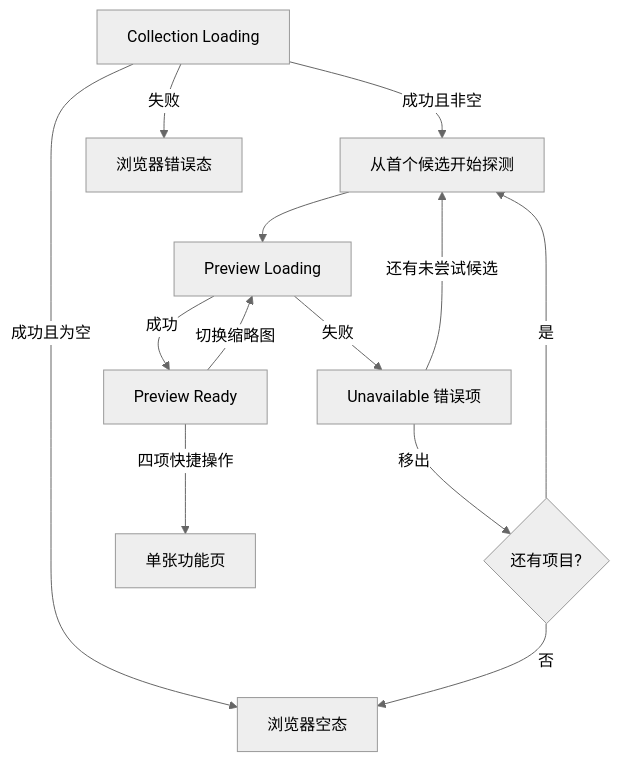
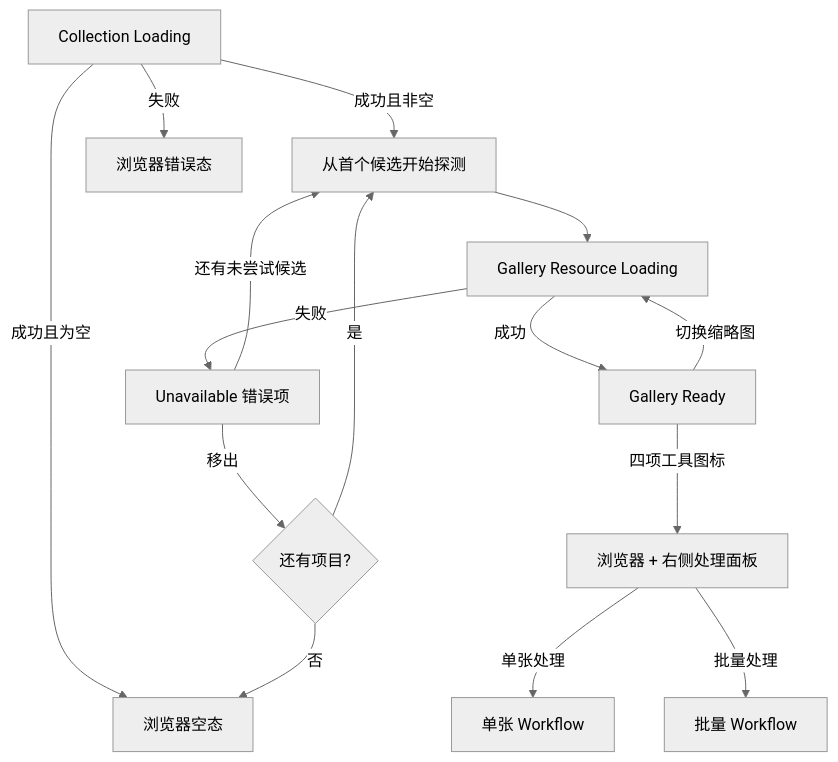
The second of 9 diagrams in docs/modules/desktop/interaction-state-design.md (AtomUI/AtomPix), drawn with Mermaid (neutral theme) before and after one commit. The commit also changed other lines of this file and 167 other files, not shown here.

````diff
--- a/docs/modules/desktop/interaction-state-design.md
+++ b/docs/modules/desktop/interaction-state-design.md
@@ -230,15 +245,17 @@
 ```mermaid
 flowchart TD
   A[Collection Loading] -->|成功且为空| H[浏览器空态]
   A -->|成功且非空| B[从首个候选开始探测]
   A -->|失败| C[浏览器错误态]
-  B --> D[Preview Loading]
-  D -->|成功| E[Preview Ready]
+  B --> D[Gallery Resource Loading]
+  D -->|成功| E[Gallery Ready]
   D -->|失败| F[Unavailable 错误项]
   E -->|切换缩略图| D
   F -->|还有未尝试候选| B
   F -->|移出| G{还有项目?}
   G -->|是| B
   G -->|否| H[浏览器空态]
-  E -->|四项快捷操作| I[单张功能页]
+  E -->|四项工具图标| I[浏览器 + 右侧处理面板]
+  I -->|单张处理| J[单张 Workflow]
+  I -->|批量处理| K[批量 Workflow]
 ```
````
